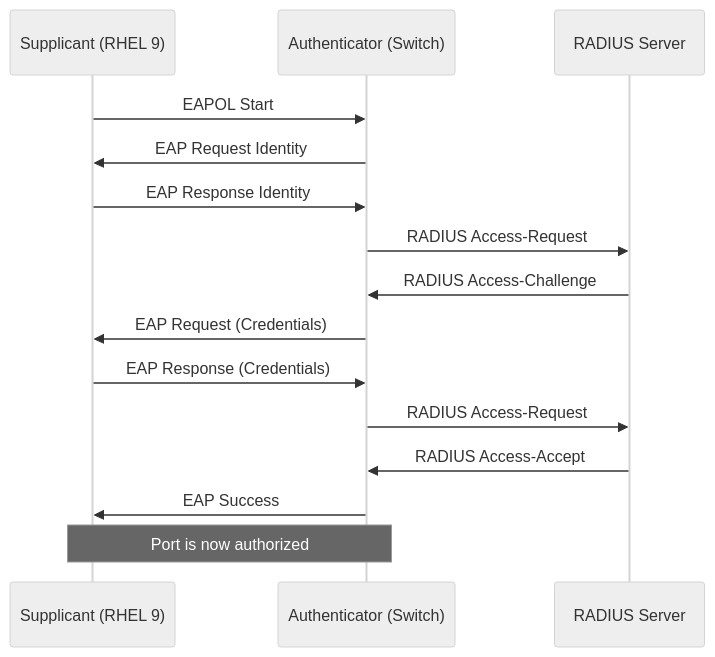
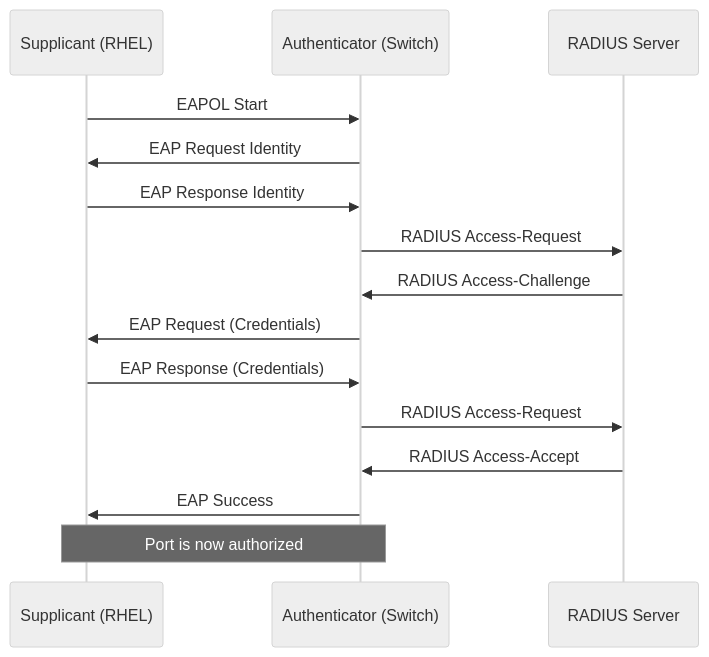
One commit to OneUptime/blog changed the diagram in posts/2026-03-04-configure-802-1x-network-authentication-rhel-9/README.md. Above: the diagram before and after it, drawn with Mermaid (neutral theme). The commit also changed other lines of this file and 4866 other files, not shown here.

````diff
--- a/posts/2026-03-04-configure-802-1x-network-authentication-rhel-9/README.md
+++ b/posts/2026-03-04-configure-802-1x-network-authentication-rhel-9/README.md
@@ -21,17 +21,17 @@
 ```mermaid
 sequenceDiagram
-    participant S as Supplicant (RHEL 9)
+    participant S as Supplicant (RHEL)
     participant A as Authenticator (Switch)
     participant R as RADIUS Server
     S->>A: EAPOL Start
     A->>S: EAP Request Identity
     S->>A: EAP Response Identity
     A->>R: RADIUS Access-Request
     R->>A: RADIUS Access-Challenge
     A->>S: EAP Request (Credentials)
     S->>A: EAP Response (Credentials)
     A->>R: RADIUS Access-Request
     R->>A: RADIUS Access-Accept
     A->>S: EAP Success
     Note over S,A: Port is now authorized
 ```
````
